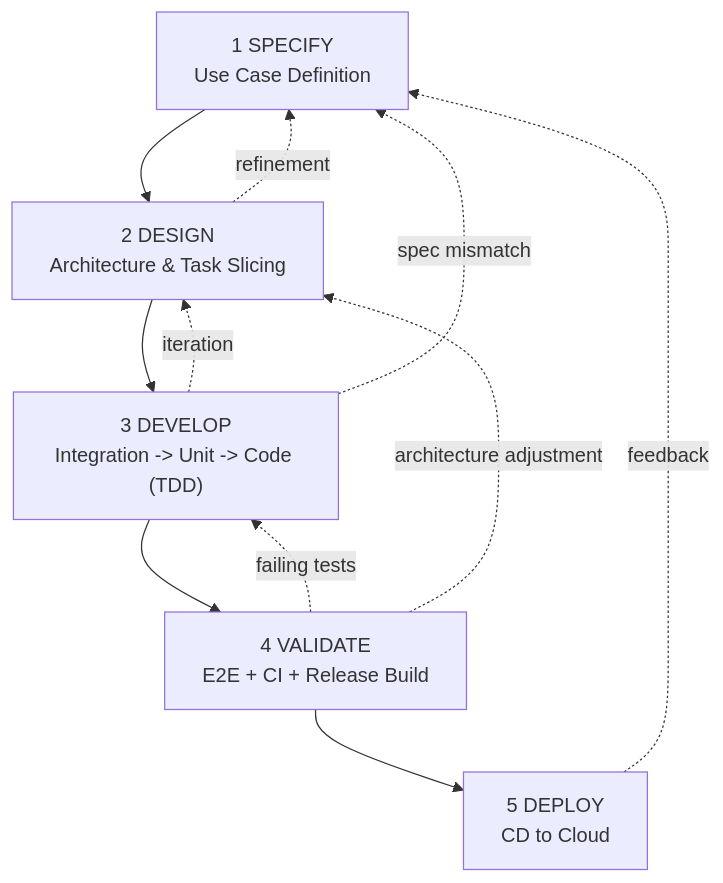
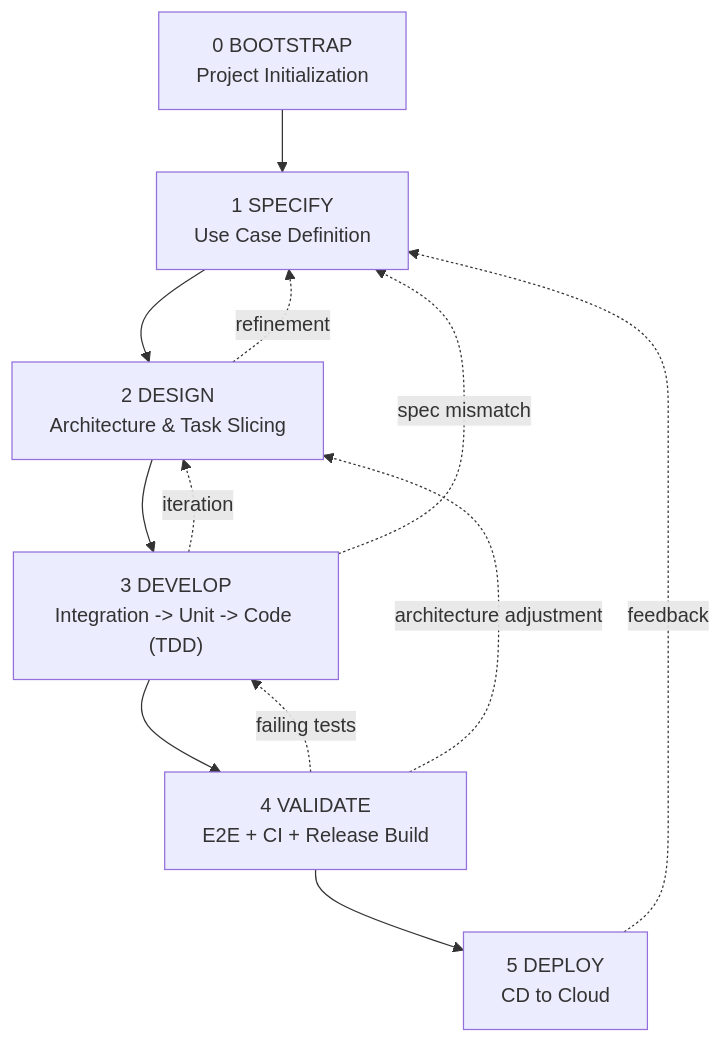
One commit to AIaSDev/.github changed the diagram in profile/README.md. Above: the diagram before and after it, drawn with Mermaid. The commit also changed other lines of this file, not shown here.

````diff
--- a/profile/README.md
+++ b/profile/README.md
@@ -31,17 +32,18 @@
 ```mermaid
 flowchart TD
-A["1 SPECIFY<br/>Use Case Definition"] --> B["2 DESIGN<br/>Architecture & Task Slicing"]
+X["0 BOOTSTRAP<br/>Project Initialization"] --> A["1 SPECIFY<br/>Use Case Definition"]
+A --> B["2 DESIGN<br/>Architecture & Task Slicing"]
 B --> C["3 DEVELOP<br/>Integration -> Unit -> Code (TDD)"]
 C --> D["4 VALIDATE<br/>E2E + CI + Release Build"]
 D --> E["5 DEPLOY<br/>CD to Cloud"]
 
 %% Iteration loops
 C -. iteration .-> B
 D -. failing tests .-> C
 E -. feedback .-> A
 
 %% Additional backward paths
 B -. refinement .-> A
 C -. spec mismatch .-> A
 D -. architecture adjustment .-> B
 ```
````
